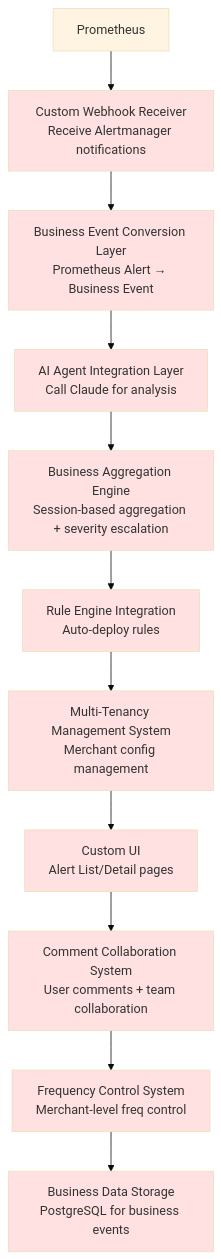
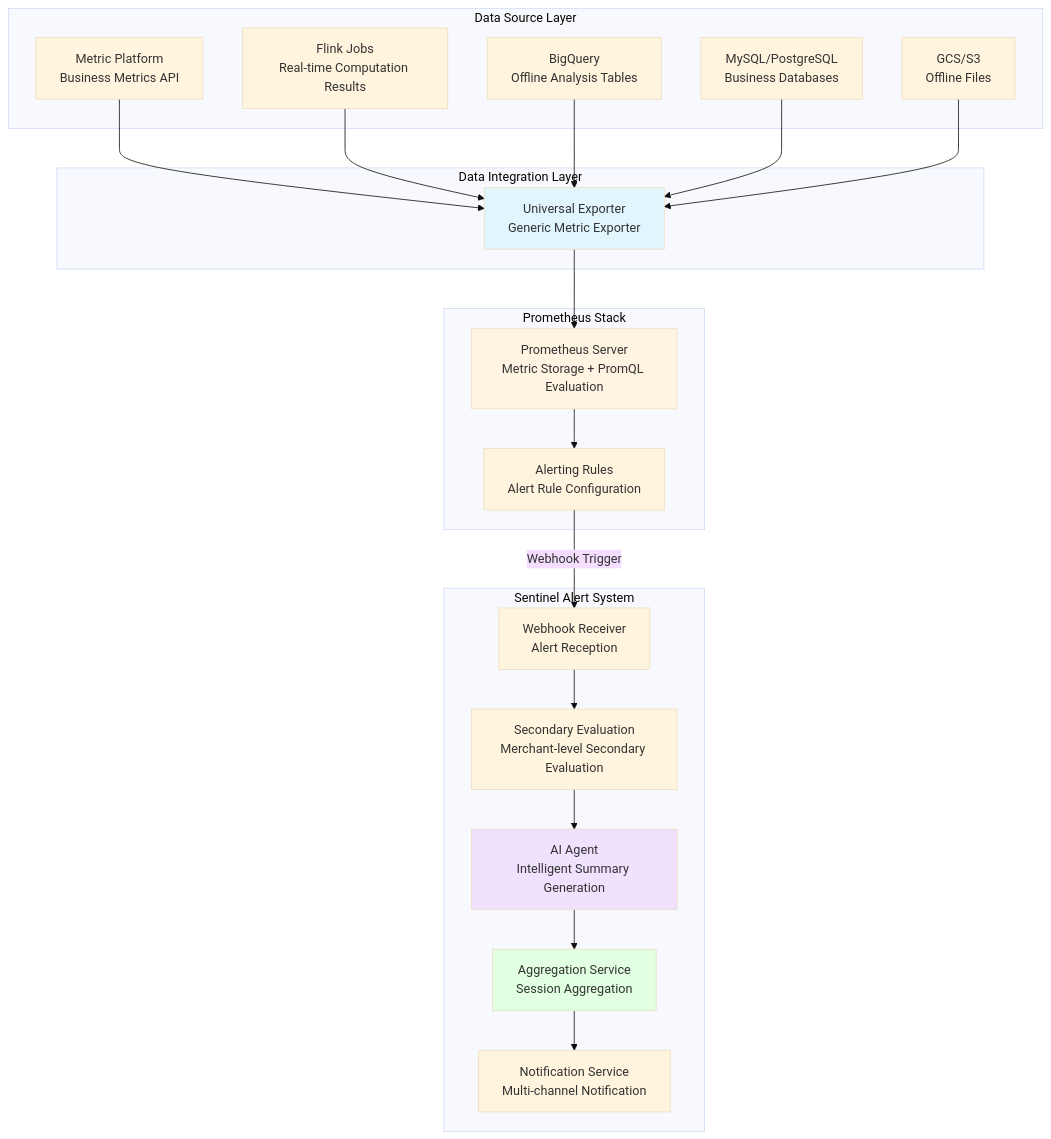
Before and after one commit to smarttttttt/AwxSentinel: the first of 2 diagrams in PrometheusVsAlertSystem_EN.md, drawn with Mermaid (base theme). The commit also changed other lines of this file, not shown here.

````diff
--- a/PrometheusVsAlertSystem_EN.md
+++ b/PrometheusVsAlertSystem_EN.md
@@ -589,27 +36,46 @@
 ```mermaid
 graph TB
-    P[Prometheus]
+    subgraph "Data Source Layer"
+        DS1[Metric Platform<br/>Business Metrics API]
+        DS2[Flink Jobs<br/>Real-time Computation Results]
+        DS3[BigQuery<br/>Offline Analysis Tables]
+        DS4[MySQL/PostgreSQL<br/>Business Databases]
+        DS5[GCS/S3<br/>Offline Files]
+    end
 
-    P --> C1[Custom Webhook Receiver<br/>Receive Alertmanager notifications]
-    C1 --> C2[Business Event Conversion Layer<br/>Prometheus Alert → Business Event]
-    C2 --> C3[AI Agent Integration Layer<br/>Call Claude for analysis]
-    C3 --> C4[Business Aggregation Engine<br/>Session-based aggregation + severity escalation]
-    C4 --> C5[Rule Engine Integration<br/>Auto-deploy rules]
-    C5 --> C6[Multi-Tenancy Management System<br/>Merchant config management]
-    C6 --> C7[Custom UI<br/>Alert List/Detail pages]
-    C7 --> C8[Comment Collaboration System<br/>User comments + team collaboration]
-    C8 --> C9[Frequency Control System<br/>Merchant-level freq control]
-    C9 --> C10[Business Data Storage<br/>PostgreSQL for business events]
+    subgraph "Data Integration Layer"
+        EXP[Universal Exporter<br/>Generic Metric Exporter]
+    end
 
-    style P fill:#fff4e1
-    style C1 fill:#ffe1e1
-    style C2 fill:#ffe1e1
-    style C3 fill:#ffe1e1
-    style C4 fill:#ffe1e1
-    style C5 fill:#ffe1e1
-    style C6 fill:#ffe1e1
-    style C7 fill:#ffe1e1
-    style C8 fill:#ffe1e1
-    style C9 fill:#ffe1e1
-    style C10 fill:#ffe1e1
+    subgraph "Prometheus Stack"
+        PROM[Prometheus Server<br/>Metric Storage + PromQL Evaluation]
+        RULES[Alerting Rules<br/>Alert Rule Configuration]
+    end
+
+    subgraph "Sentinel Alert System"
+        WH[Webhook Receiver<br/>Alert Reception]
+        EVAL[Secondary Evaluation<br/>Merchant-level Secondary Evaluation]
+        AI[AI Agent<br/>Intelligent Summary Generation]
+        AGG[Aggregation Service<br/>Session Aggregation]
+        NS[Notification Service<br/>Multi-channel Notification]
+    end
+
+    DS1 --> EXP
+    DS2 --> EXP
+    DS3 --> EXP
+    DS4 --> EXP
+    DS5 --> EXP
+
+    EXP --> PROM
+    PROM --> RULES
+    RULES -->|Webhook Trigger| WH
+    WH --> EVAL
+    EVAL --> AI
+    AI --> AGG
+    AGG --> NS
+
+    style PROM fill:#fff4e1
+    style EXP fill:#e1f5ff
+    style AI fill:#f0e1ff
+    style AGG fill:#e1ffe1
 ```
````
